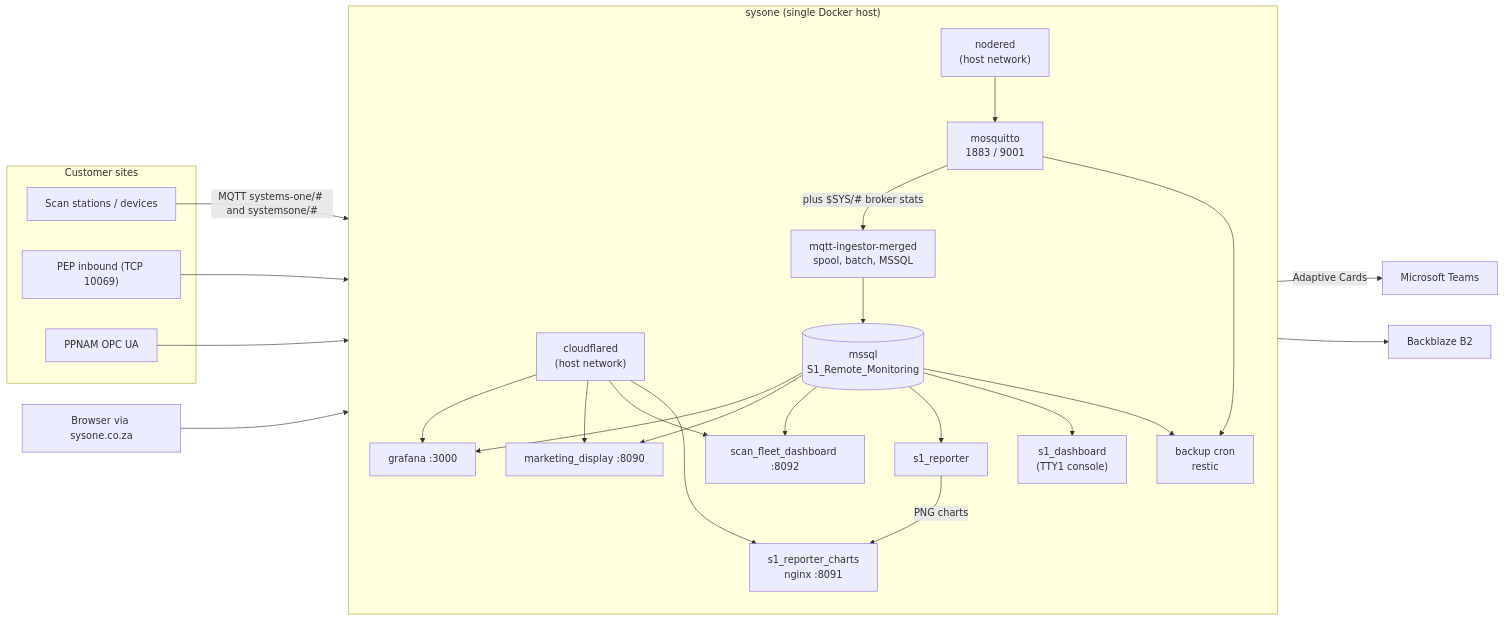
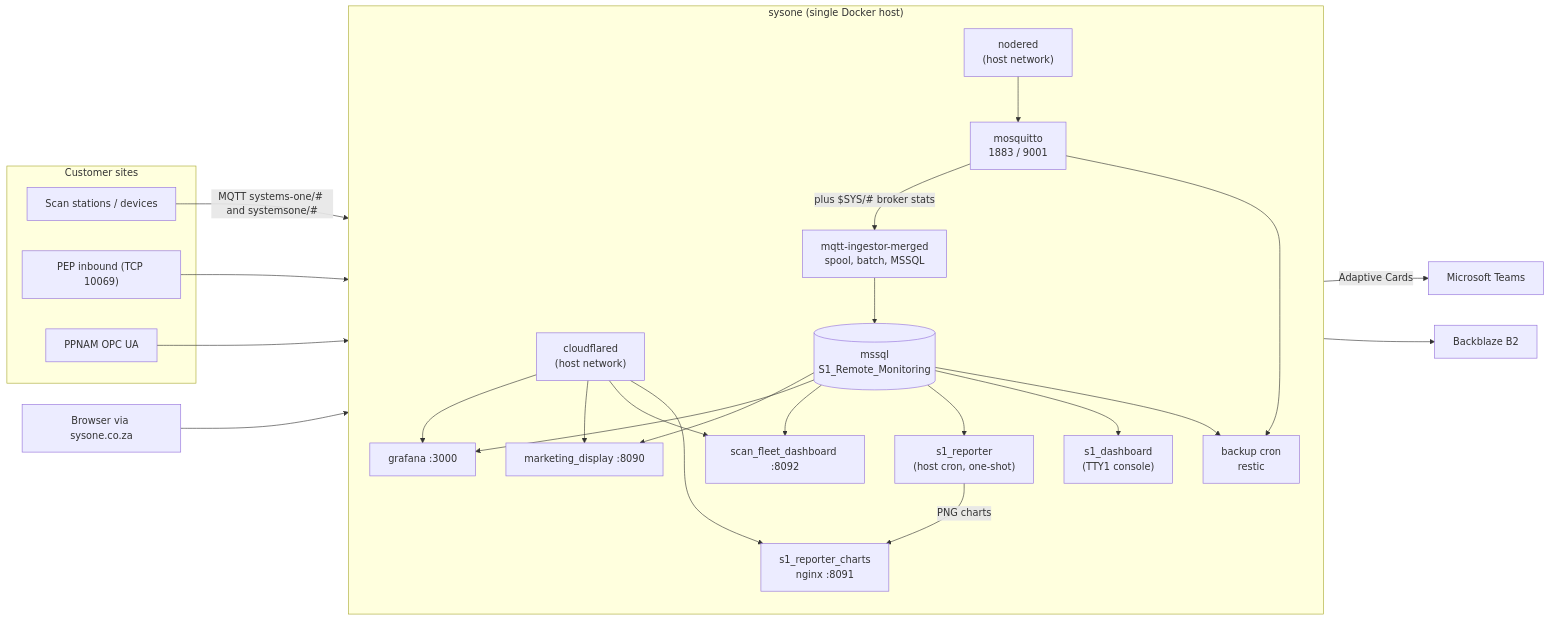
The diagram in README.md (Systems-One/Systems-One-Server), drawn with Mermaid before and after one commit. The commit also changed other lines of this file and 3 other files, not shown here.

````diff
--- a/README.md
+++ b/README.md
@@ -29,50 +29,50 @@
 ```mermaid
 flowchart LR
     subgraph sites["Customer sites"]
         dev["Scan stations / devices"]
         pep["PEP inbound (TCP 10069)"]
         opc["PPNAM OPC UA"]
     end
 
     subgraph host["sysone (single Docker host)"]
         direction TB
         cf["cloudflared<br/>(host network)"]
         mq["mosquitto<br/>1883 / 9001"]
         ing["mqtt-ingestor-merged<br/>spool, batch, MSSQL"]
         db[("mssql<br/>S1_Remote_Monitoring")]
         nr["nodered<br/>(host network)"]
         gf["grafana :3000"]
         md["marketing_display :8090"]
         sfd["scan_fleet_dashboard :8092"]
-        rep["s1_reporter"]
+        rep["s1_reporter<br/>(host cron, one-shot)"]
         charts["s1_reporter_charts<br/>nginx :8091"]
         tty["s1_dashboard<br/>(TTY1 console)"]
         bk["backup cron<br/>restic"]
     end
 
     teams["Microsoft Teams"]
     b2["Backblaze B2"]
     web["Browser via sysone.co.za"]
 
     dev -- "MQTT systems-one/# and systemsone/#" --> mq
     mq -- "plus $SYS/# broker stats" --> ing
     ing --> db
     pep --> nr
     opc --> nr
     nr --> mq
     db --> gf
     db --> md
     db --> sfd
     db --> rep
     rep -- "Adaptive Cards" --> teams
     rep -- "PNG charts" --> charts
     db --> tty
     db --> bk
     mq --> bk
     bk --> b2
     web --> cf
     cf --> gf
     cf --> md
     cf --> sfd
     cf --> charts
 ```
````
